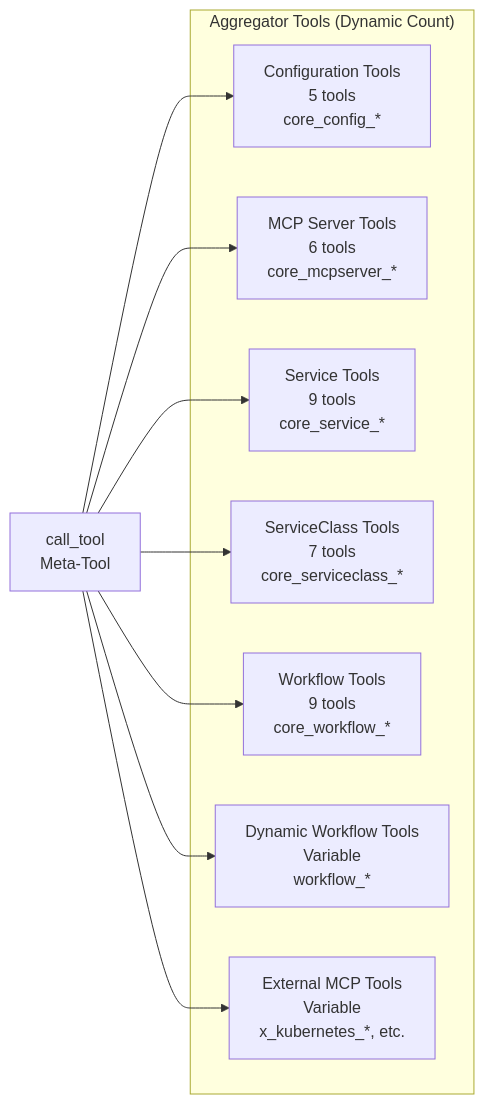
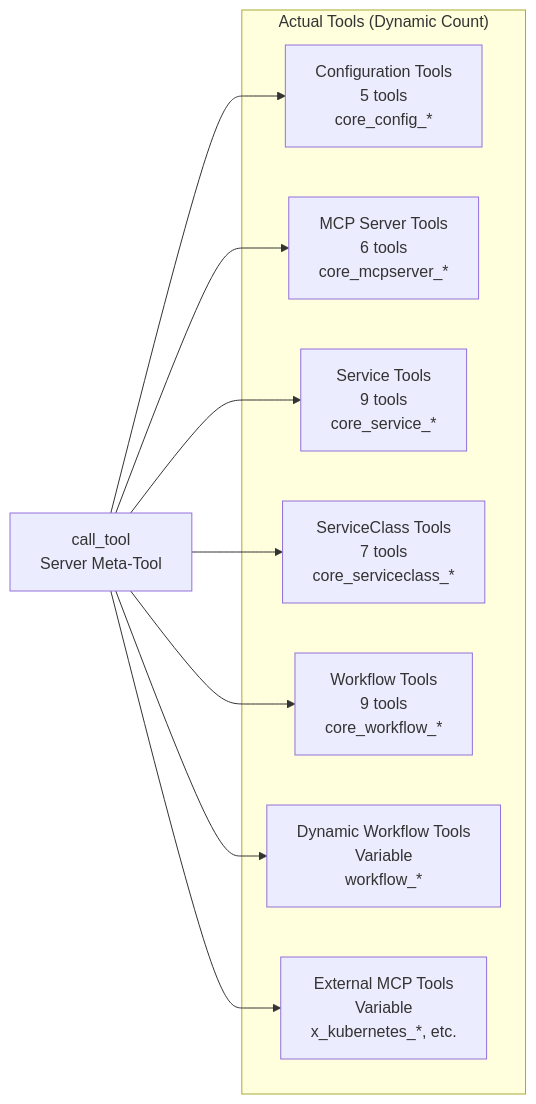
The fourth of 5 diagrams in docs/explanation/architecture.md (giantswarm/muster), drawn with Mermaid before and after one commit. The commit also changed other lines of this file and 18 other files, not shown here.

First line of the commit message:
Docs: Server-Side Meta-Tools Documentation (#352)

````diff
--- a/docs/explanation/architecture.md
+++ b/docs/explanation/architecture.md
@@ -161,20 +173,20 @@
 ```mermaid
 graph LR
-    subgraph "Aggregator Tools (Dynamic Count)"
+    subgraph "Actual Tools (Dynamic Count)"
         Config[Configuration Tools<br/>5 tools<br/>core_config_*]
         MCPServ[MCP Server Tools<br/>6 tools<br/>core_mcpserver_*]
         Service[Service Tools<br/>9 tools<br/>core_service_*]
         SvcClass[ServiceClass Tools<br/>7 tools<br/>core_serviceclass_*]
         WorkFlow[Workflow Tools<br/>9 tools<br/>core_workflow_*]
         Dynamic[Dynamic Workflow Tools<br/>Variable<br/>workflow_*]
         External[External MCP Tools<br/>Variable<br/>x_kubernetes_*, etc.]
     end
     
-    CallTool[call_tool<br/>Meta-Tool] --> Config
+    CallTool[call_tool<br/>Server Meta-Tool] --> Config
     CallTool --> MCPServ
     CallTool --> Service
     CallTool --> SvcClass
     CallTool --> WorkFlow
     CallTool --> Dynamic
     CallTool --> External
 ```
````
